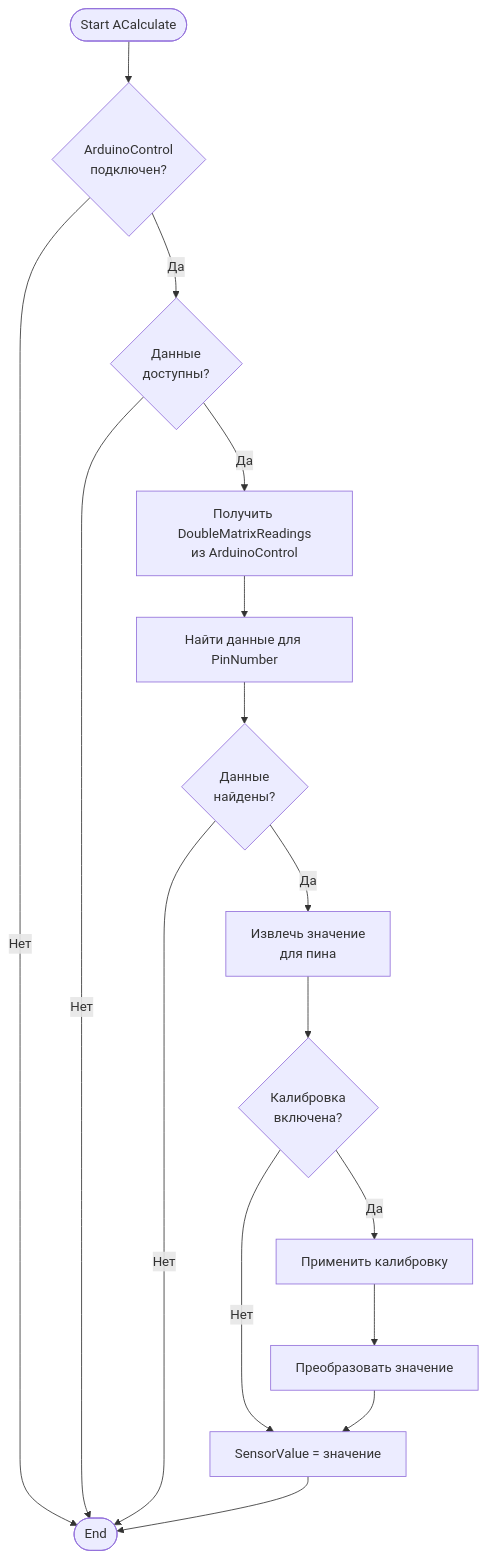
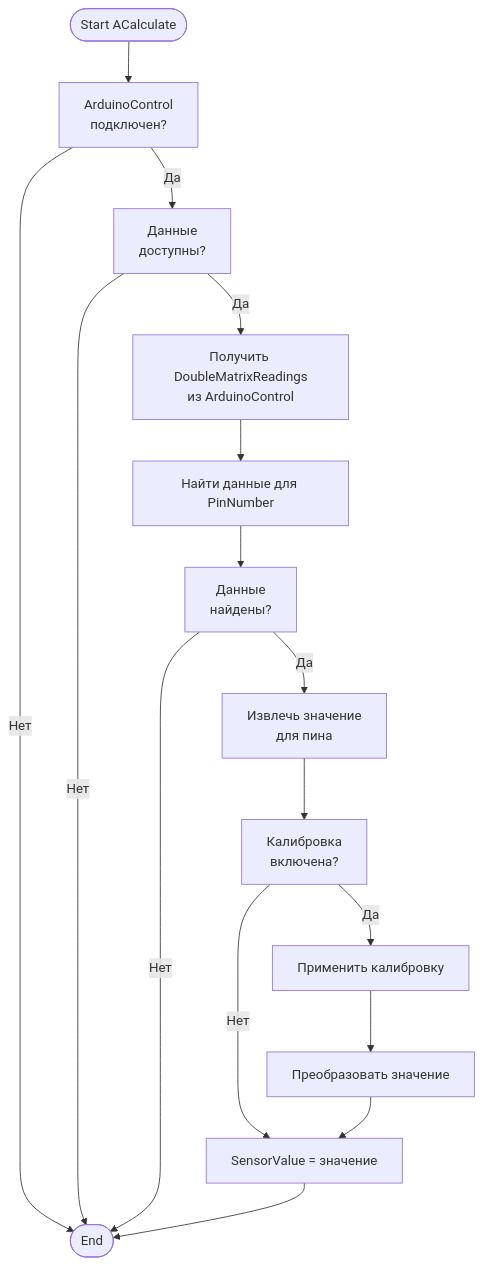
Before and after one commit to aicommunity/Rdk-HardwareLib: the fourth of 10 diagrams in Docs/Legacy/ADC.md, drawn with Mermaid. The commit also changed other lines of this file and 3 other files, not shown here.

First line of the commit message:
docs(hardware): normalize mermaid node ids with quoted labels

````diff
--- a/Docs/Legacy/ADC.md
+++ b/Docs/Legacy/ADC.md
@@ -142,18 +142,18 @@
 ```mermaid
 flowchart TD
-    Start([Start ACalculate]) --> CheckArduino{ArduinoControl<br/>подключен?}
+    Start([Start ACalculate]) --> CheckArduino["ArduinoControl<br/>подключен?"]
     CheckArduino -->|Нет| End([End])
-    CheckArduino -->|Да| CheckData{Данные<br/>доступны?}
+    CheckArduino -->|Да| CheckData["Данные<br/>доступны?"]
     CheckData -->|Нет| End
-    CheckData -->|Да| GetMatrix[Получить DoubleMatrixReadings<br/>из ArduinoControl]
+    CheckData -->|Да| GetMatrix["Получить DoubleMatrixReadings<br/>из ArduinoControl"]
     GetMatrix --> FindPin[Найти данные для PinNumber]
-    FindPin --> CheckFound{Данные<br/>найдены?}
+    FindPin --> CheckFound["Данные<br/>найдены?"]
     CheckFound -->|Нет| End
-    CheckFound -->|Да| ExtractValue[Извлечь значение<br/>для пина]
-    ExtractValue --> ApplyCalibration{Калибровка<br/>включена?}
+    CheckFound -->|Да| ExtractValue["Извлечь значение<br/>для пина"]
+    ExtractValue --> ApplyCalibration["Калибровка<br/>включена?"]
     ApplyCalibration -->|Да| Calibrate[Применить калибровку]
     ApplyCalibration -->|Нет| SetValue
     Calibrate --> Transform[Преобразовать значение]
     Transform --> SetValue[SensorValue = значение]
     SetValue --> End
 ```
````
